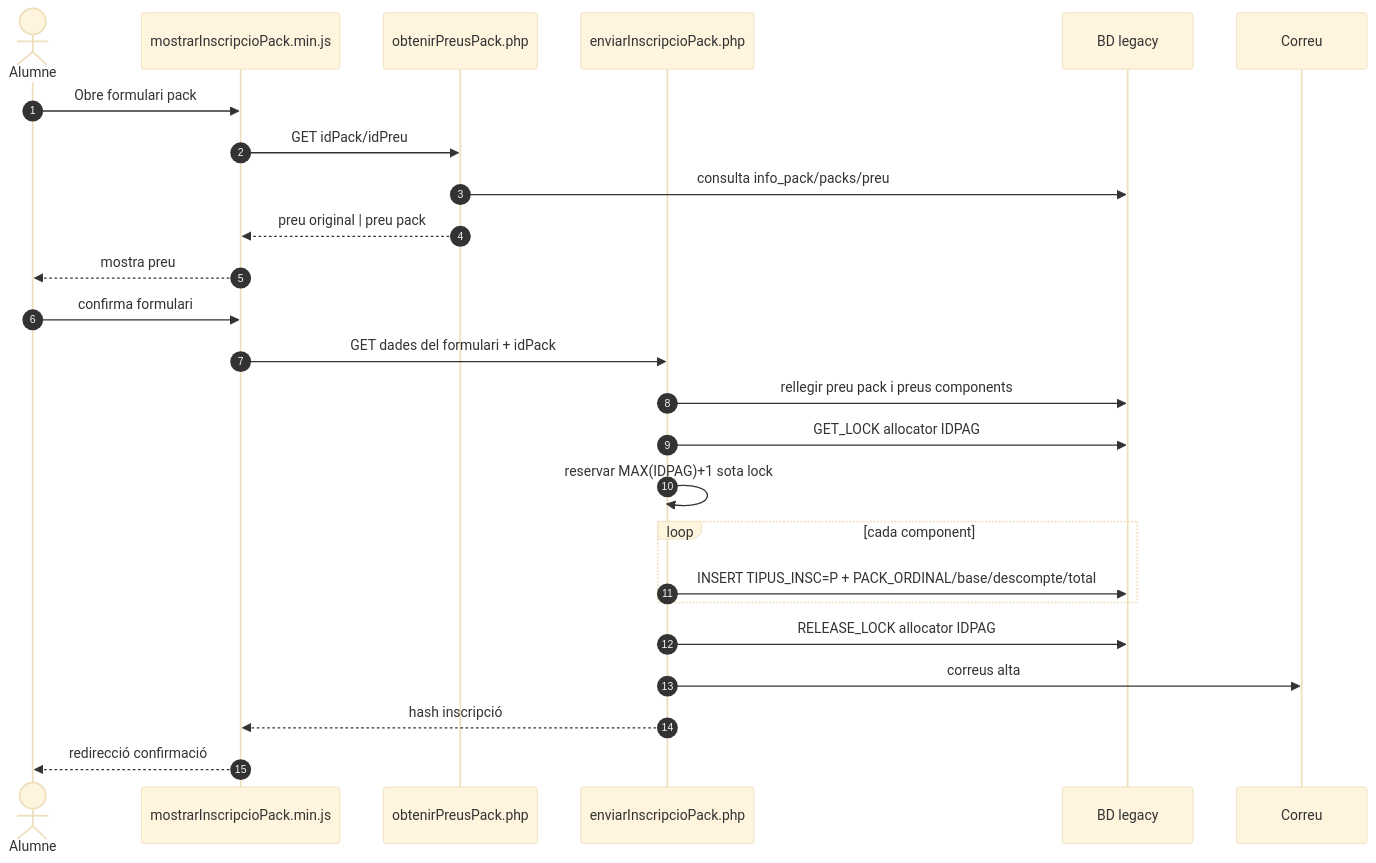
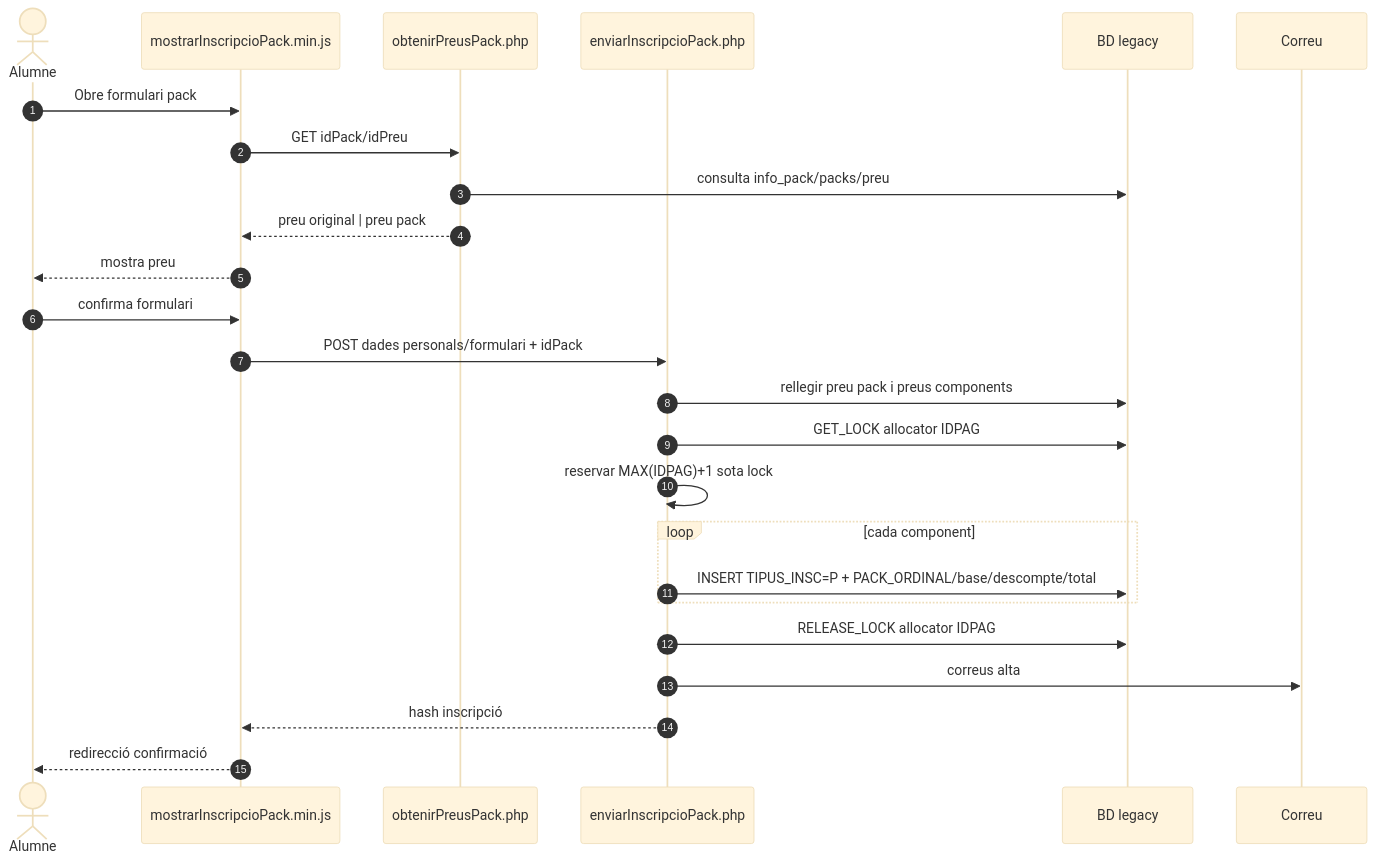
The first of 5 diagrams in documentacio/07-uml-integrat/uc-015-sequencies-actual-final.md (orgmeriemprismacat-del/verifactu), drawn with Mermaid (base theme) before and after one commit. The commit also changed other lines of this file, not shown here.

Commit message:
docs(UC-015): alinear seqüencies amb POST i legacy sync real

````diff
--- a/documentacio/07-uml-integrat/uc-015-sequencies-actual-final.md
+++ b/documentacio/07-uml-integrat/uc-015-sequencies-actual-final.md
@@ -7,28 +7,28 @@
 ```mermaid
 sequenceDiagram
 autonumber
 actor U as Alumne
 participant JS as mostrarInscripcioPack.min.js
 participant Price as obtenirPreusPack.php
 participant Alta as enviarInscripcioPack.php
 participant DB as BD legacy
 participant Mail as Correu
 
 U->>JS: Obre formulari pack
 JS->>Price: GET idPack/idPreu
 Price->>DB: consulta info_pack/packs/preu
 Price-->>JS: preu original | preu pack
 JS-->>U: mostra preu
 U->>JS: confirma formulari
-JS->>Alta: GET dades del formulari + idPack
+JS->>Alta: POST dades personals/formulari + idPack
 Alta->>DB: rellegir preu pack i preus components
 Alta->>DB: GET_LOCK allocator IDPAG
 Alta->>Alta: reservar MAX(IDPAG)+1 sota lock
 loop cada component
  Alta->>DB: INSERT TIPUS_INSC=P + PACK_ORDINAL/base/descompte/total
 end
 Alta->>DB: RELEASE_LOCK allocator IDPAG
 Alta->>Mail: correus alta
 Alta-->>JS: hash inscripció
 JS-->>U: redirecció confirmació
 ```
````
